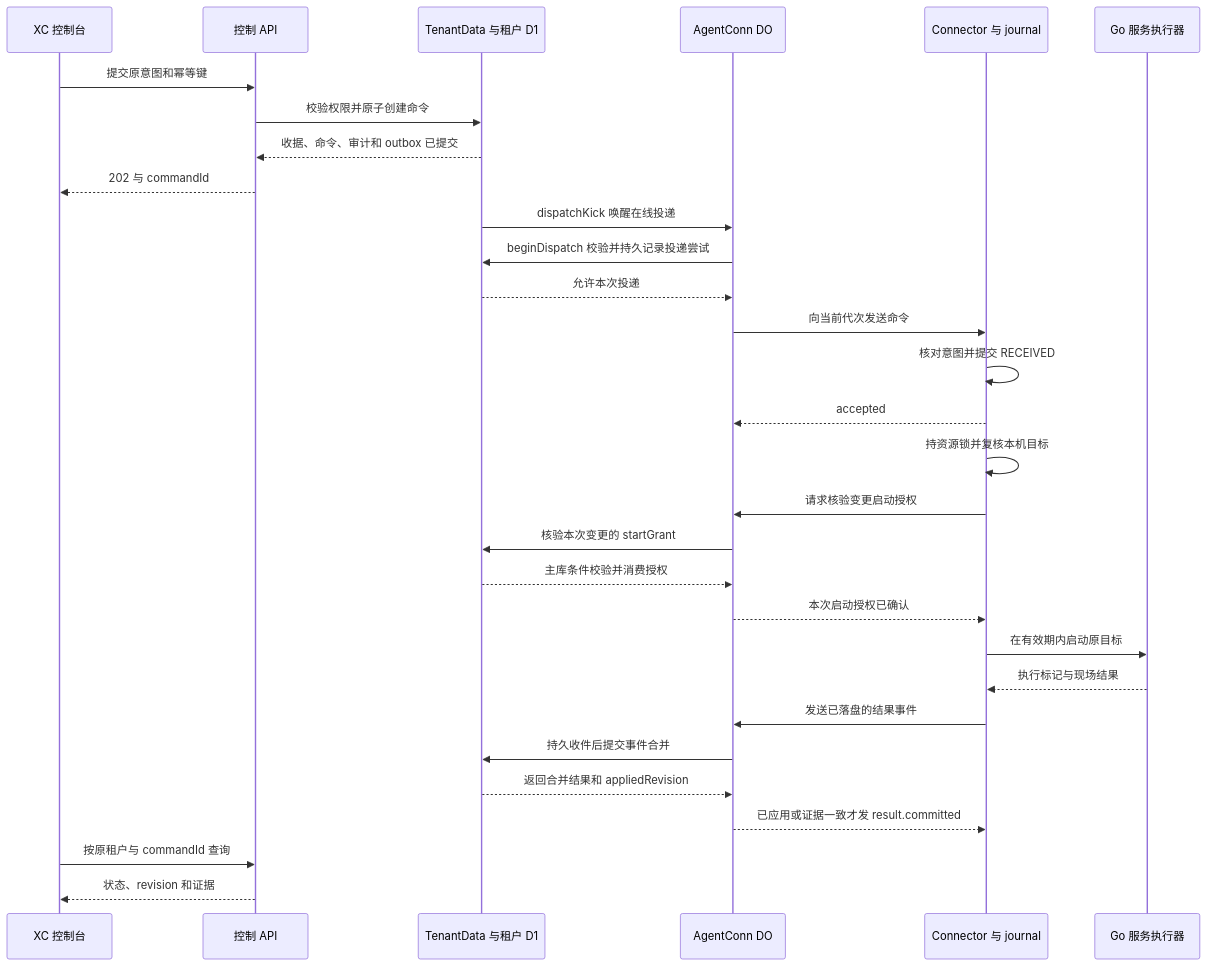
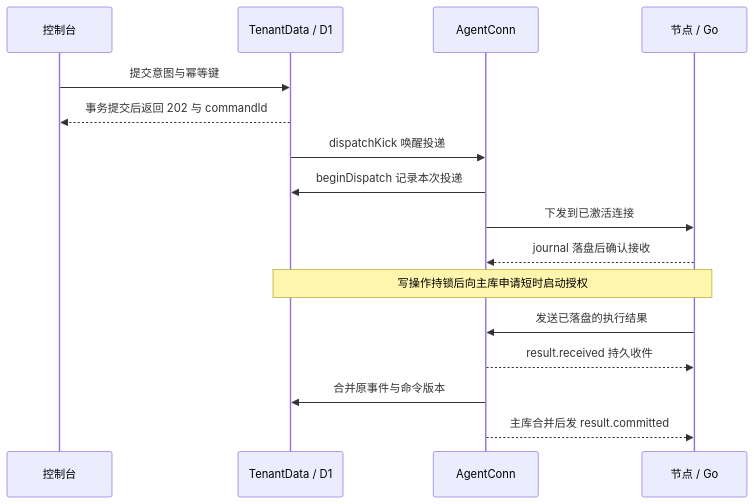
The second of 2 diagrams in docs/technical-design.md (XCAngelWatch/AngelFleetPRD), drawn with Mermaid before and after one commit. The commit also changed other lines of this file and 28 other files, not shown here.

````diff
--- a/docs/technical-design.md
+++ b/docs/technical-design.md
@@ -55,32 +94,18 @@
 ```mermaid
 sequenceDiagram
-    participant X as XC 控制台
-    participant U as 控制 API
-    participant T as TenantData 与租户 D1
-    participant D as AgentConn DO
-    participant J as Connector 与 journal
-    participant G as Go 服务执行器
-    X->>U: 提交原意图和幂等键
-    U->>T: 校验权限并原子创建命令
-    T-->>U: 收据、命令、审计和 outbox 已提交
-    U-->>X: 202 与 commandId
-    T->>D: dispatchKick 唤醒在线投递
-    D->>T: beginDispatch 校验并持久记录投递尝试
-    T-->>D: 允许本次投递
-    D->>J: 向当前代次发送命令
-    J->>J: 核对意图并提交 RECEIVED
-    J-->>D: accepted
-    J->>J: 持资源锁并复核本机目标
-    J->>D: 请求核验变更启动授权
-    D->>T: 核验本次变更的 startGrant
-    T-->>D: 主库条件校验并消费授权
-    D-->>J: 本次启动授权已确认
-    J->>G: 在有效期内启动原目标
-    G-->>J: 执行标记与现场结果
-    J->>D: 发送已落盘的结果事件
-    D->>T: 持久收件后提交事件合并
-    T-->>D: 返回合并结果和 appliedRevision
-    D-->>J: 已应用或证据一致才发 result.committed
-    X->>U: 按原租户与 commandId 查询
-    U-->>X: 状态、revision 和证据
+    participant U as 控制台
+    participant T as TenantData / D1
+    participant D as AgentConn
+    participant N as 节点 / Go
+    U->>T: 提交意图与幂等键
+    T-->>U: 事务提交后返回 202 与 commandId
+    T->>D: dispatchKick 唤醒投递
+    D->>T: beginDispatch 记录本次投递
+    D->>N: 下发到已激活连接
+    N-->>D: journal 落盘后确认接收
+    Note over T,N: 写操作持锁后向主库申请短时启动授权
+    N->>D: 发送已落盘的执行结果
+    D-->>N: result.received 持久收件
+    D->>T: 合并原事件与命令版本
+    D-->>N: 主库合并后发 result.committed
 ```
````
